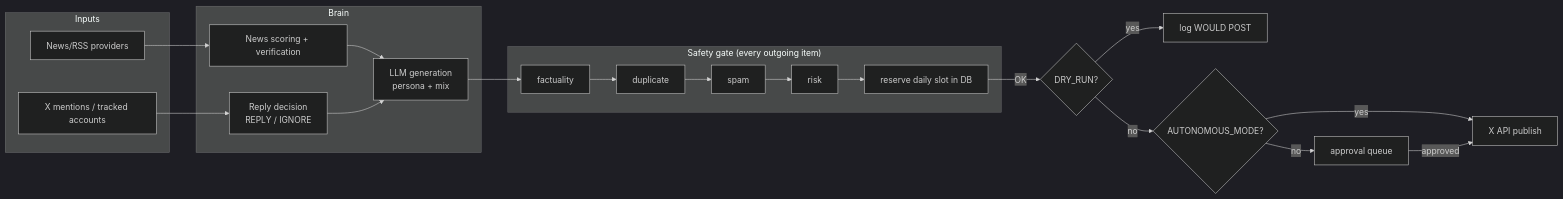
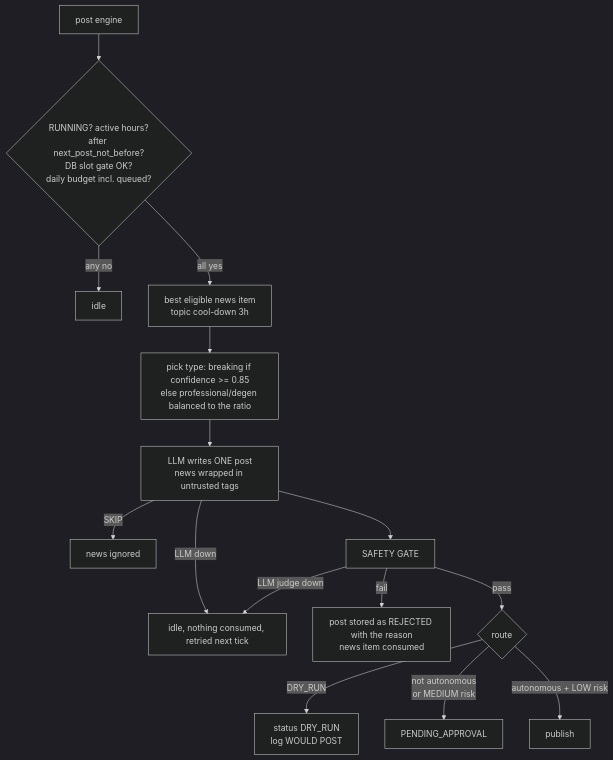
The third of 10 diagrams in README.md (davide963-ux/automated-reply-bot), drawn with Mermaid (dark theme) before and after one commit. The commit also changed other lines of this file and 49 other files, not shown here.

First line of the commit message:
Implement phases 2-10: X auth, LLM, news, post and reply engines, dashboard

````diff
--- a/README.md
+++ b/README.md
@@ -36,23 +94,17 @@
 ```mermaid
-flowchart LR
-  subgraph Inputs
-    N[News/RSS providers]
-    XM[X mentions / tracked accounts]
-  end
-  subgraph Brain
-    S[News scoring + verification]
-    G[LLM generation<br/>persona + mix]
-    R[Reply decision<br/>REPLY / IGNORE]
-  end
-  subgraph Gate["Safety gate (every outgoing item)"]
-    F[factuality] --> D[duplicate] --> SP[spam] --> RK[risk] --> L[reserve daily slot in DB]
-  end
-  N --> S --> G --> F
-  XM --> R --> G
-  L -->|OK| P{DRY_RUN?}
-  P -->|yes| W[log WOULD POST]
-  P -->|no| A{AUTONOMOUS_MODE?}
-  A -->|no| Q[approval queue]
-  A -->|yes| X[X API publish]
-  Q -->|approved| X
+flowchart TD
+    A[post engine] --> G1{RUNNING? active hours?<br/>after next_post_not_before?<br/>DB slot gate OK?<br/>daily budget incl. queued?}
+    G1 -->|any no| IDLE[idle]
+    G1 -->|all yes| N[best eligible news item<br/>topic cool-down 3h]
+    N --> T[pick type: breaking if confidence >= 0.85<br/>else professional/degen balanced to the ratio]
+    T --> L[LLM writes ONE post<br/>news wrapped in untrusted tags]
+    L -->|SKIP| IG[news ignored]
+    L -->|LLM down| RETRY[idle, nothing consumed, retried next tick]
+    L --> SG[SAFETY GATE]
+    SG -->|fail| REJ[post stored as REJECTED with the reason<br/>news item consumed]
+    SG -->|LLM judge down| RETRY
+    SG -->|pass| R{route}
+    R -->|DRY_RUN| DR[status DRY_RUN<br/>log WOULD POST]
+    R -->|not autonomous<br/>or MEDIUM risk| Q[PENDING_APPROVAL]
+    R -->|autonomous + LOW risk| PUB[publish]
 ```
````
